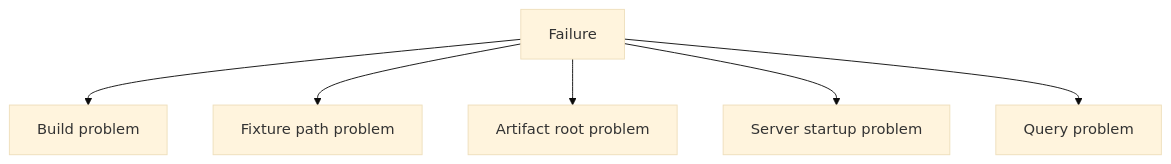
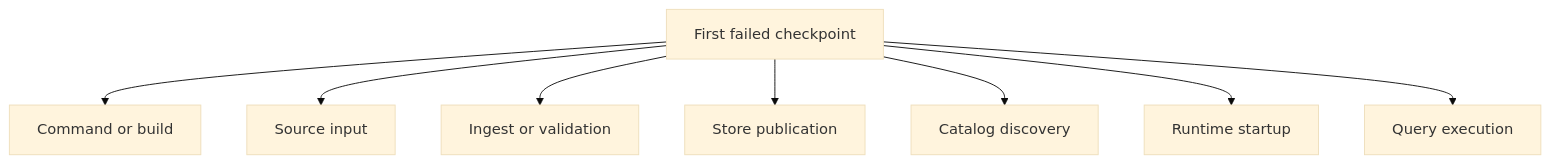
One commit to bijux/bijux-atlas changed the first of 3 diagrams in docs/bijux-atlas/workflows/troubleshoot-early-problems.md. Above: the diagram before and after it, drawn with Mermaid (base theme). The commit also changed other lines of this file and 2 other files, not shown here.

Commit message:
docs(workflows): carry identity across first-use checkpoints

````diff
--- a/docs/bijux-atlas/workflows/troubleshoot-early-problems.md
+++ b/docs/bijux-atlas/workflows/troubleshoot-early-problems.md
@@ -19,8 +19,10 @@
 ```mermaid
 flowchart TD
-    A[Failure] --> B[Build problem]
-    A --> C[Fixture path problem]
-    A --> D[Artifact root problem]
-    A --> E[Server startup problem]
-    A --> F[Query problem]
+    A[First failed checkpoint] --> B[Command or build]
+    A --> C[Source input]
+    A --> D[Ingest or validation]
+    A --> E[Store publication]
+    A --> F[Catalog discovery]
+    A --> G[Runtime startup]
+    A --> H[Query execution]
 ```
````
